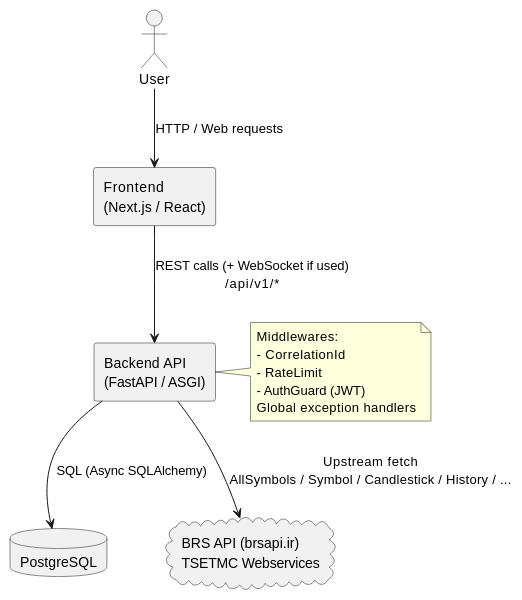
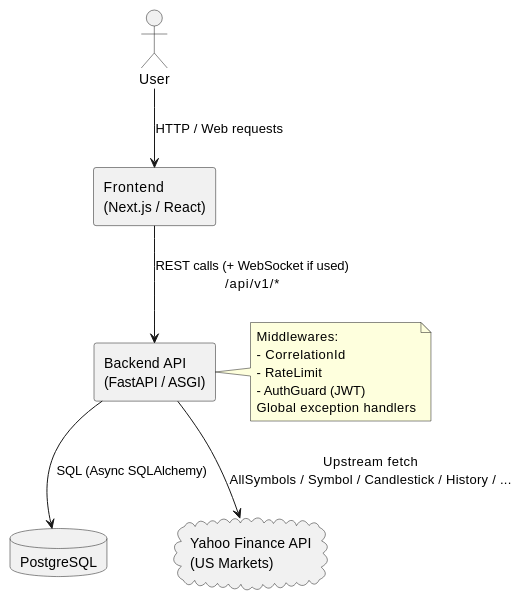
The diagram in docs/diagrams/uml/level_1_overview.md (Shakour-Data/BedaanWaves), drawn with PlantUML before and after one commit. The commit also changed other lines of this file and 51 other files, not shown here.

````diff
--- a/docs/diagrams/uml/level_1_overview.md
+++ b/docs/diagrams/uml/level_1_overview.md
@@ -12,26 +12,26 @@
 ```plantuml
 @startuml
 skinparam componentStyle rectangle
 
 actor "User" as U
 rectangle "Frontend\n(Next.js / React)" as FE
 rectangle "Backend API\n(FastAPI / ASGI)" as BE
 database "PostgreSQL" as DB
-cloud "BRS API (brsapi.ir)\nTSETMC Webservices" as BRS
+cloud "Yahoo Finance API\n(US Markets)" as YF
 
 U --> FE : HTTP / Web requests
 FE --> BE : REST calls (+ WebSocket if used)\n/api/v1/*
 
 BE --> DB : SQL (Async SQLAlchemy)
-BE --> BRS : Upstream fetch\nAllSymbols / Symbol / Candlestick / History / ...
+BE --> YF : Upstream fetch\nAllSymbols / Symbol / Candlestick / History / ...
 
 note right of BE
 Middlewares:
 - CorrelationId
 - RateLimit
 - AuthGuard (JWT)
 Global exception handlers
 end note
 
 @enduml
 ```
````
